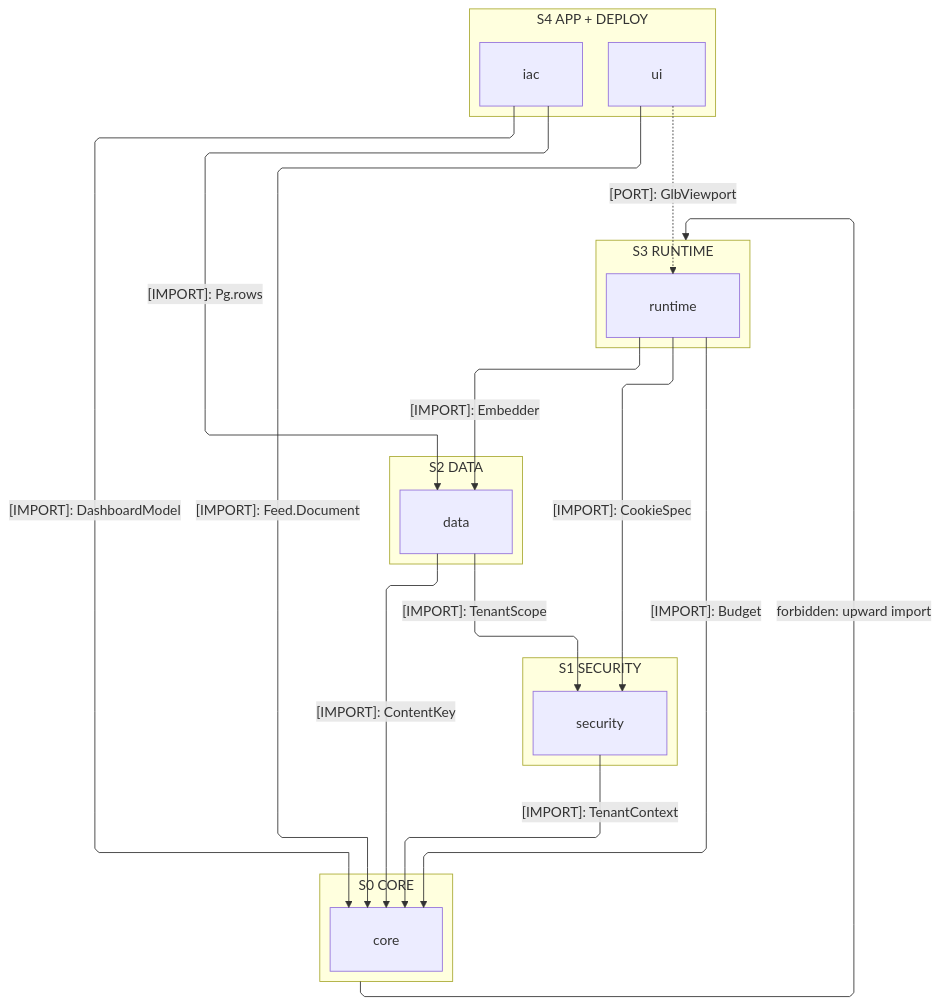
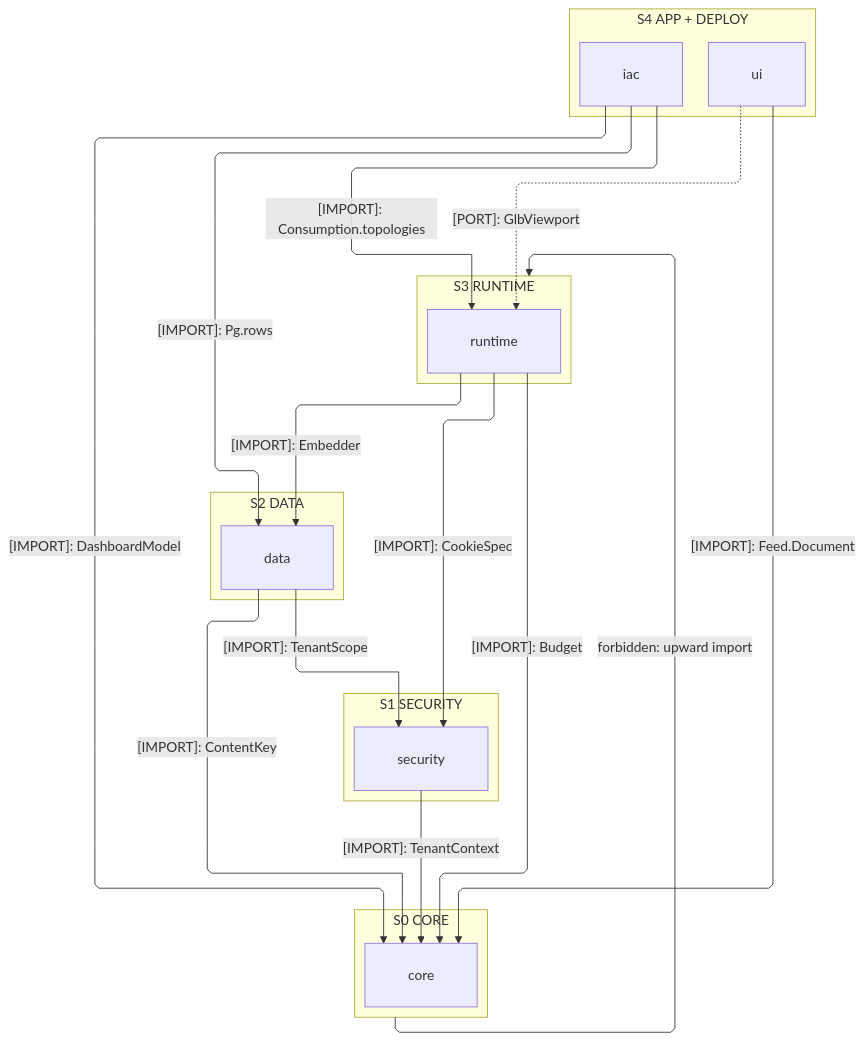
Before and after one commit to bsamiee/Rasm: the first of 4 diagrams in libs/typescript/.planning/ARCHITECTURE.md, drawn with Mermaid. The commit also changed other lines of this file and 486 other files, not shown here.

````diff
--- a/libs/typescript/.planning/ARCHITECTURE.md
+++ b/libs/typescript/.planning/ARCHITECTURE.md
@@ -28,39 +28,40 @@
 ```mermaid
 ---
 config:
   layout: elk
   flowchart:
     curve: linear
     padding: 25
 ---
 flowchart TB
     accTitle: TypeScript branch import strata
     accDescr: Five import strata onto the core foundation; imports point downward, and ui reaches runtime only through its GlbViewport port binding.
     subgraph S4["S4 APP + DEPLOY"]
         Ui[ui]
         Iac[iac]
     end
     subgraph S3["S3 RUNTIME"]
         Runtime[runtime]
     end
     subgraph S2["S2 DATA"]
         Data[data]
     end
     subgraph S1["S1 SECURITY"]
         Security[security]
     end
     subgraph S0["S0 CORE"]
         Core[core]
     end
     Ui e1@-.->|"[PORT]: GlbViewport"| Runtime
     Iac e2@-->|"[IMPORT]: Pg.rows"| Data
     Runtime e3@-->|"[IMPORT]: CookieSpec"| Security
     Runtime e4@-->|"[IMPORT]: Embedder"| Data
     Data e5@-->|"[IMPORT]: TenantScope"| Security
     Ui e6@-->|"[IMPORT]: Feed.Document"| Core
     Iac e7@-->|"[IMPORT]: DashboardModel"| Core
+    Iac e11@-->|"[IMPORT]: Consumption.topologies"| Runtime
     Runtime e8@-->|"[IMPORT]: Budget"| Core
     Data e9@-->|"[IMPORT]: ContentKey"| Core
     Security e10@-->|"[IMPORT]: TenantContext"| Core
     S0 f1@-->|"forbidden: upward import"| S3
 ```
````
